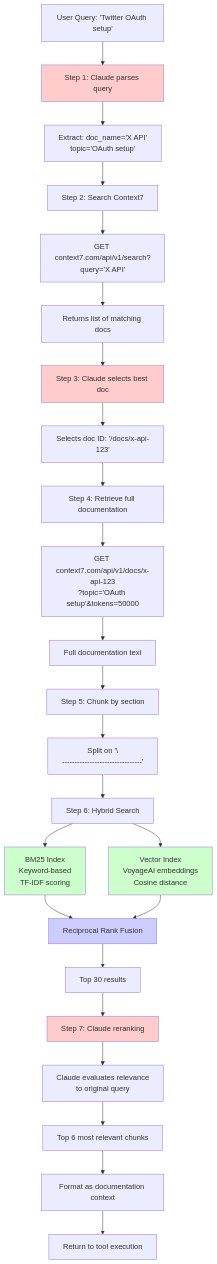
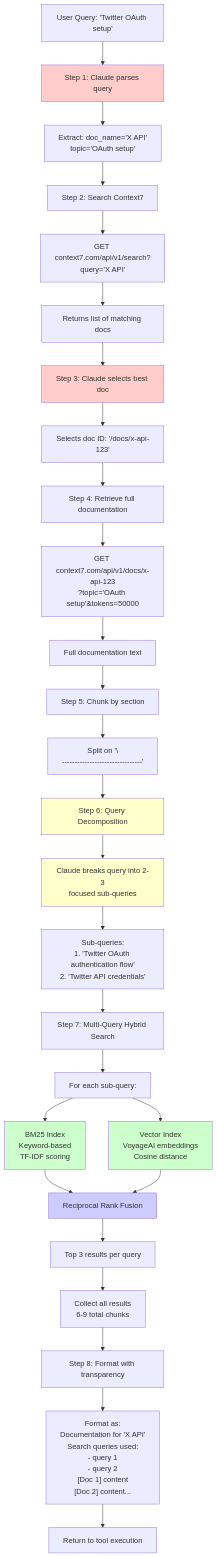
Before and after one commit to Suraj198-creator/Kler: the fifth of 7 diagrams in TOOL_ORCHESTRATION_FLOW.md, drawn with Mermaid. The commit also changed other lines of this file, not shown here.

````diff
--- a/TOOL_ORCHESTRATION_FLOW.md
+++ b/TOOL_ORCHESTRATION_FLOW.md
@@ -223,44 +223,48 @@
 ```mermaid
 graph TB
     Start[User Query: 'Twitter OAuth setup']
 
     Start --> Step1[Step 1: Claude parses query]
     Step1 --> Extract[Extract: doc_name='X API'<br/>topic='OAuth setup']
 
     Extract --> Step2[Step 2: Search Context7]
     Step2 --> C7Search[GET context7.com/api/v1/search?query='X API']
     C7Search --> Docs[Returns list of matching docs]
 
     Docs --> Step3[Step 3: Claude selects best doc]
     Step3 --> SelectID[Selects doc ID: '/docs/x-api-123']
 
     SelectID --> Step4[Step 4: Retrieve full documentation]
     Step4 --> C7Get[GET context7.com/api/v1/docs/x-api-123<br/>?topic='OAuth setup'&tokens=50000]
     C7Get --> FullDoc[Full documentation text]
 
     FullDoc --> Step5[Step 5: Chunk by section]
     Step5 --> Chunks[Split on '\\n--------------------------------']
 
-    Chunks --> Step6[Step 6: Hybrid Search]
-    Step6 --> BM25[BM25 Index<br/>Keyword-based<br/>TF-IDF scoring]
-    Step6 --> Vector[Vector Index<br/>VoyageAI embeddings<br/>Cosine distance]
+    Chunks --> Step6[Step 6: Query Decomposition]
+    Step6 --> Decompose[Claude breaks query into 2-3<br/>focused sub-queries]
+    Decompose --> SubQueries["Sub-queries:<br/>1. 'Twitter OAuth authentication flow'<br/>2. 'Twitter API credentials'"]
+
+    SubQueries --> Step7[Step 7: Multi-Query Hybrid Search]
+    Step7 --> Loop[For each sub-query:]
+    Loop --> BM25[BM25 Index<br/>Keyword-based<br/>TF-IDF scoring]
+    Loop --> Vector[Vector Index<br/>VoyageAI embeddings<br/>Cosine distance]
 
     BM25 --> RRF[Reciprocal Rank Fusion]
     Vector --> RRF
 
-    RRF --> Top30[Top 30 results]
+    RRF --> Top3[Top 3 results per query]
+    Top3 --> Collect[Collect all results<br/>6-9 total chunks]
 
-    Top30 --> Step7[Step 7: Claude reranking]
-    Step7 --> Rerank[Claude evaluates relevance<br/>to original query]
-    Rerank --> Top6[Top 6 most relevant chunks]
-
-    Top6 --> Format[Format as documentation context]
+    Collect --> Step8[Step 8: Format with transparency]
+    Step8 --> Format["Format as:<br/>Documentation for 'X API'<br/>Search queries used:<br/>  - query 1<br/>  - query 2<br/>[Doc 1] content<br/>[Doc 2] content..."]
     Format --> Return[Return to tool execution]
 
     style Step1 fill:#ffcccc
     style Step3 fill:#ffcccc
-    style Step7 fill:#ffcccc
+    style Step6 fill:#ffffcc
+    style Decompose fill:#ffffcc
     style BM25 fill:#ccffcc
     style Vector fill:#ccffcc
     style RRF fill:#ccccff
 ```
````
